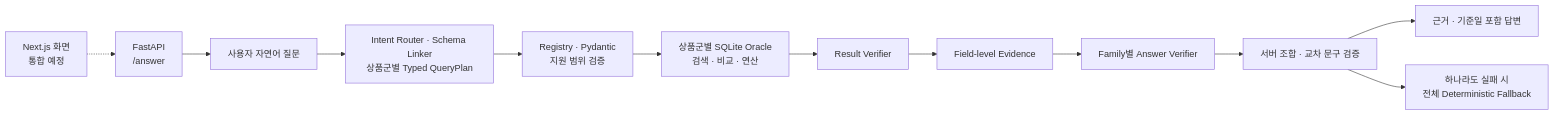
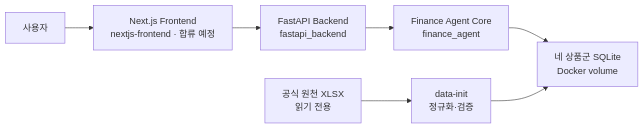
Before and after one commit to Hyunhoim/gaeng3: the diagram in README.md, drawn with Mermaid. The commit also changed other lines of this file and 18 other files, not shown here.

````diff
--- a/README.md
+++ b/README.md
@@ -57,14 +41,9 @@
 ```mermaid
 flowchart LR
-    WEB["Next.js 화면<br/>통합 예정"] -.-> APP["FastAPI<br/>/answer"]
-    APP --> Q["사용자 자연어 질문"]
-    Q --> P["Intent Router · Schema Linker<br/>상품군별 Typed QueryPlan"]
-    P --> C["Registry · Pydantic<br/>지원 범위 검증"]
-    C --> O["상품군별 SQLite Oracle<br/>검색 · 비교 · 연산"]
-    O --> V["Result Verifier"]
-    V --> E["Field-level Evidence"]
-    E --> A["Family별 Answer Verifier"]
-    A --> X["서버 조합 · 교차 문구 검증"]
-    X --> R["근거 · 기준일 포함 답변"]
-    X --> F["하나라도 실패 시<br/>전체 Deterministic Fallback"]
+    U["사용자"] --> F["Next.js Frontend<br/>nextjs-frontend · 합류 예정"]
+    F --> B["FastAPI Backend<br/>fastapi_backend"]
+    B --> A["Finance Agent Core<br/>finance_agent"]
+    A --> D["네 상품군 SQLite<br/>Docker volume"]
+    X["공식 원천 XLSX<br/>읽기 전용"] --> I["data-init<br/>정규화·검증"]
+    I --> D
 ```
````
